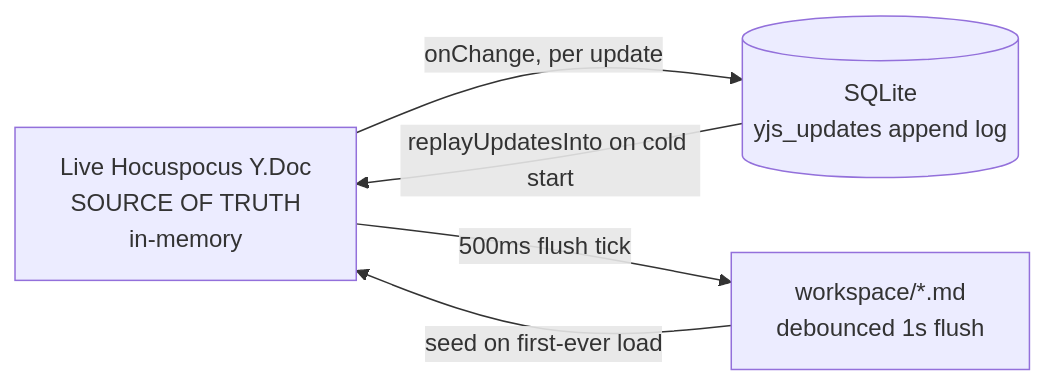
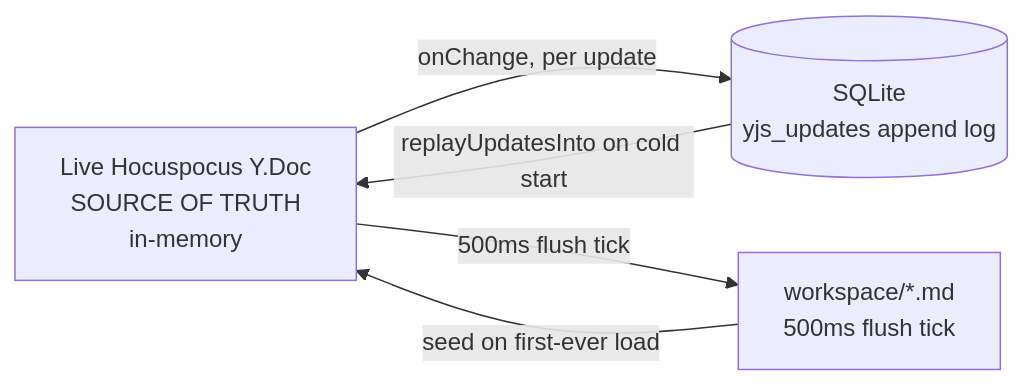
Before and after one commit to docwriter-org/docwriter: the fourth of 11 diagrams in ARCHITECTURE.md, drawn with Mermaid. The commit also changed other lines of this file and 2 other files, not shown here.

````diff
--- a/ARCHITECTURE.md
+++ b/ARCHITECTURE.md
@@ -204,11 +209,11 @@
 ```mermaid
 flowchart LR
   LiveDoc[Live Hocuspocus Y.Doc<br/>SOURCE OF TRUTH<br/>in-memory]
   SQLite[(SQLite<br/>yjs_updates append log)]
-  MD[workspace/*.md<br/>debounced 1s flush]
+  MD[workspace/*.md<br/>500ms flush tick]
 
   LiveDoc -- onChange, per update --> SQLite
   LiveDoc -- 500ms flush tick --> MD
   SQLite -- replayUpdatesInto on cold start --> LiveDoc
   MD -- seed on first-ever load --> LiveDoc
 ```
````
